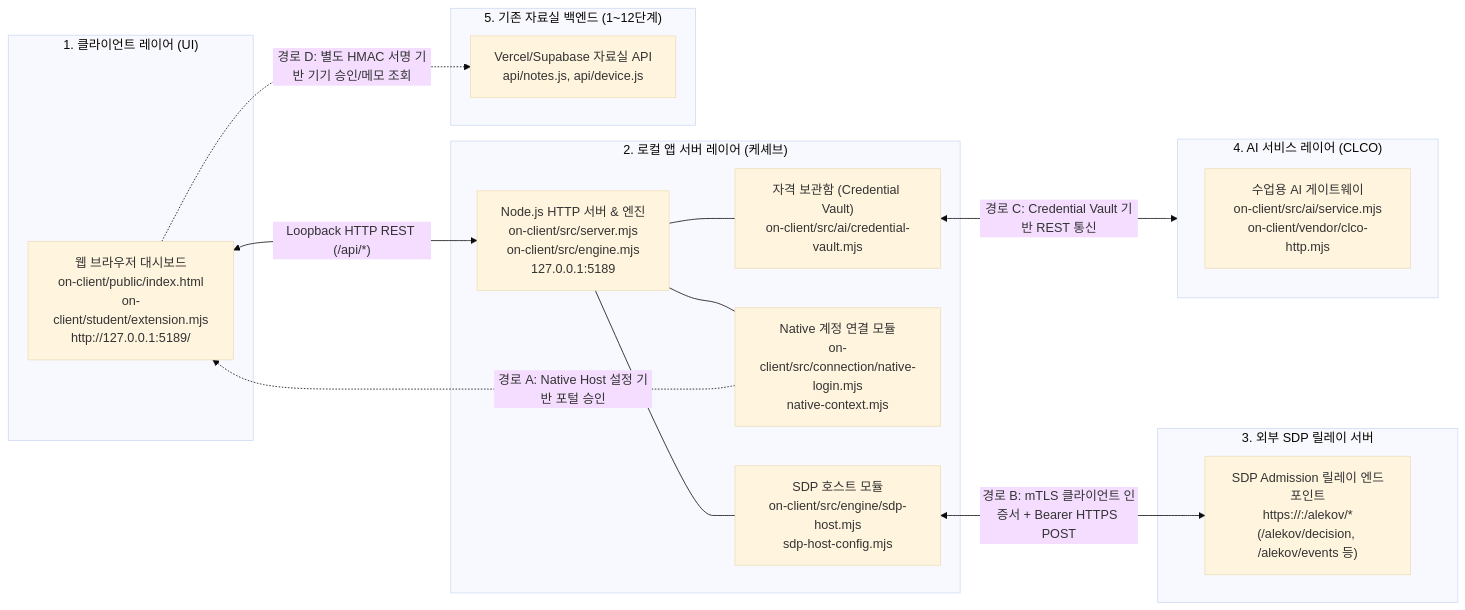
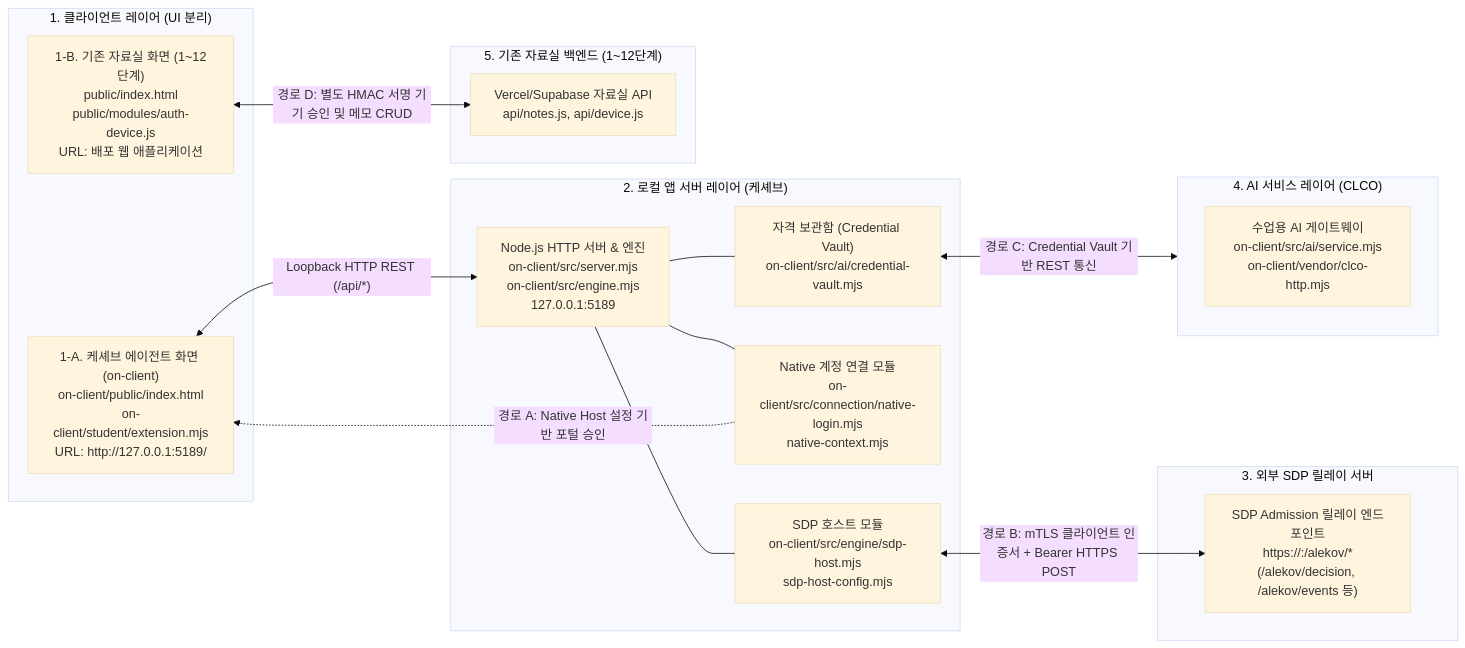
One commit to altdmfk/choi-bujang-secret-vault changed the diagram in docs/STUDENT_RUNBOOK.md. Above: the diagram before and after it, drawn with Mermaid (base theme). The commit also changed other lines of this file and 1 other file, not shown here.

Commit message:
21단계 architecture_matches_source 수정

````diff
--- a/docs/STUDENT_RUNBOOK.md
+++ b/docs/STUDENT_RUNBOOK.md
@@ -34,34 +35,35 @@
 ```mermaid
 flowchart LR
-    subgraph ClientLayer["1. 클라이언트 레이어 (UI)"]
-        Browser["웹 브라우저 대시보드<br/>on-client/public/index.html<br/>on-client/student/extension.mjs<br/>http://127.0.0.1:5189/"]
+    subgraph ClientLayer["1. 클라이언트 레이어 (UI 분리)"]
+        ClientAgent["1-A. 케셰브 에이전트 화면 (on-client)<br/>on-client/public/index.html<br/>on-client/student/extension.mjs<br/>URL: http://127.0.0.1:5189/"]
+        ClientVault["1-B. 기존 자료실 화면 (1~12단계)<br/>public/index.html<br/>public/modules/auth-device.js<br/>URL: 배포 웹 애플리케이션"]
     end
 
     subgraph LocalServer["2. 로컬 앱 서버 레이어 (케셰브)"]
         AppServer["Node.js HTTP 서버 & 엔진<br/>on-client/src/server.mjs<br/>on-client/src/engine.mjs<br/>127.0.0.1:5189"]
         SdpModule["SDP 호스트 모듈<br/>on-client/src/engine/sdp-host.mjs<br/>sdp-host-config.mjs"]
         NativeModule["Native 계정 연결 모듈<br/>on-client/src/connection/native-login.mjs<br/>native-context.mjs"]
         Vault["자격 보관함 (Credential Vault)<br/>on-client/src/ai/credential-vault.mjs"]
     end
 
     subgraph ExternalSDP["3. 외부 SDP 릴레이 서버"]
         SDPRelay["SDP Admission 릴레이 엔드포인트<br/>https://<host>:<port>/alekov/*<br/>(/alekov/decision, /alekov/events 등)"]
     end
 
     subgraph AIGateway["4. AI 서비스 레이어 (CLCO)"]
         CLCO["수업용 AI 게이트웨이<br/>on-client/src/ai/service.mjs<br/>on-client/vendor/clco-http.mjs"]
     end
 
     subgraph LegacyVault["5. 기존 자료실 백엔드 (1~12단계)"]
         VaultAPI["Vercel/Supabase 자료실 API<br/>api/notes.js, api/device.js"]
     end
 
-    Browser <-->|"Loopback HTTP REST (/api/*)"| AppServer
+    ClientAgent <-->|"Loopback HTTP REST (/api/*)"| AppServer
     AppServer --- NativeModule
     AppServer --- SdpModule
     AppServer --- Vault
-    NativeModule -.->|"경로 A: Native Host 설정 기반 포털 승인"| Browser
+    NativeModule -.->|"경로 A: Native Host 설정 기반 포털 승인"| ClientAgent
     SdpModule <-->|"경로 B: mTLS 클라이언트 인증서 + Bearer HTTPS POST"| SDPRelay
     Vault <-->|"경로 C: Credential Vault 기반 REST 통신"| AIGateway
-    Browser -.->|"경로 D: 별도 HMAC 서명 기반 기기 승인/메모 조회"| VaultAPI
+    ClientVault <-->|"경로 D: 별도 HMAC 서명 기기 승인 및 메모 CRUD"| VaultAPI
 ```
````
